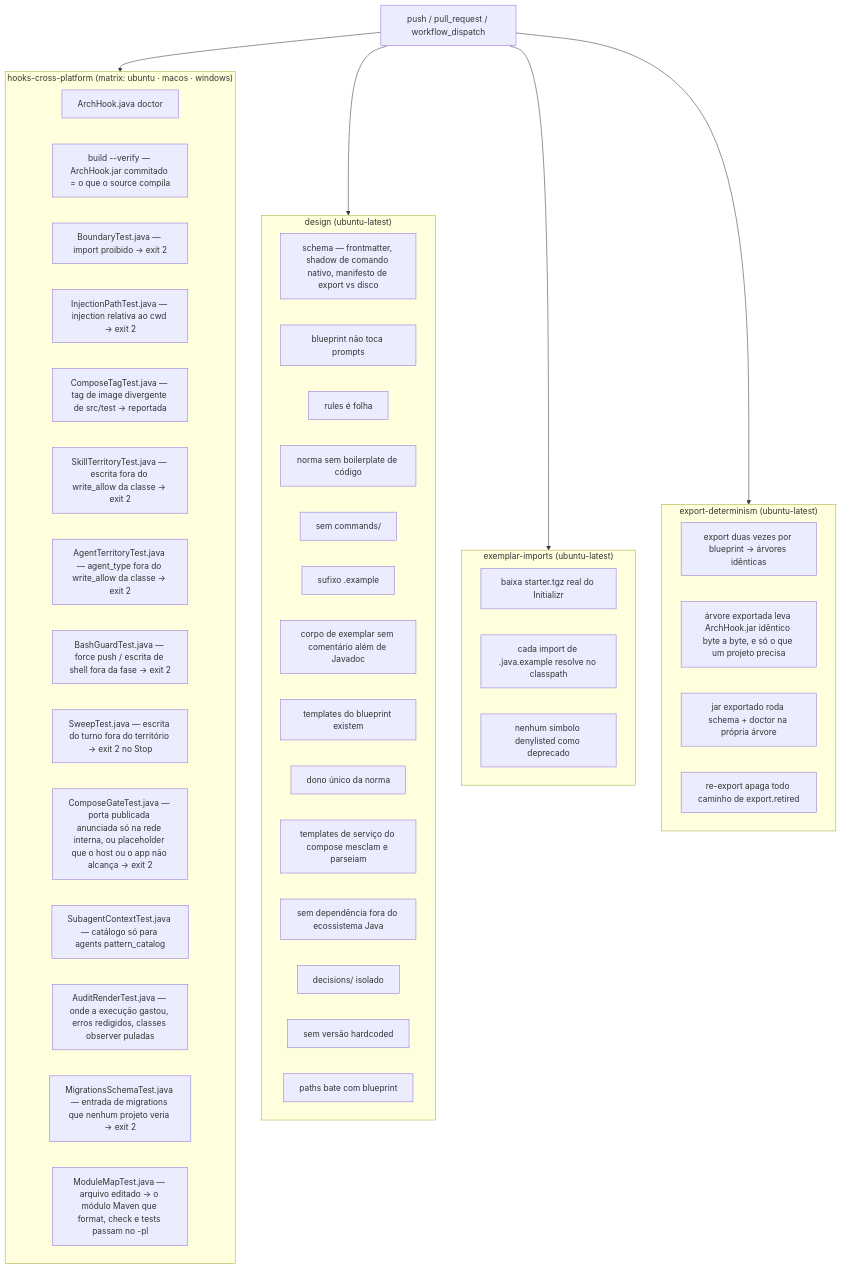
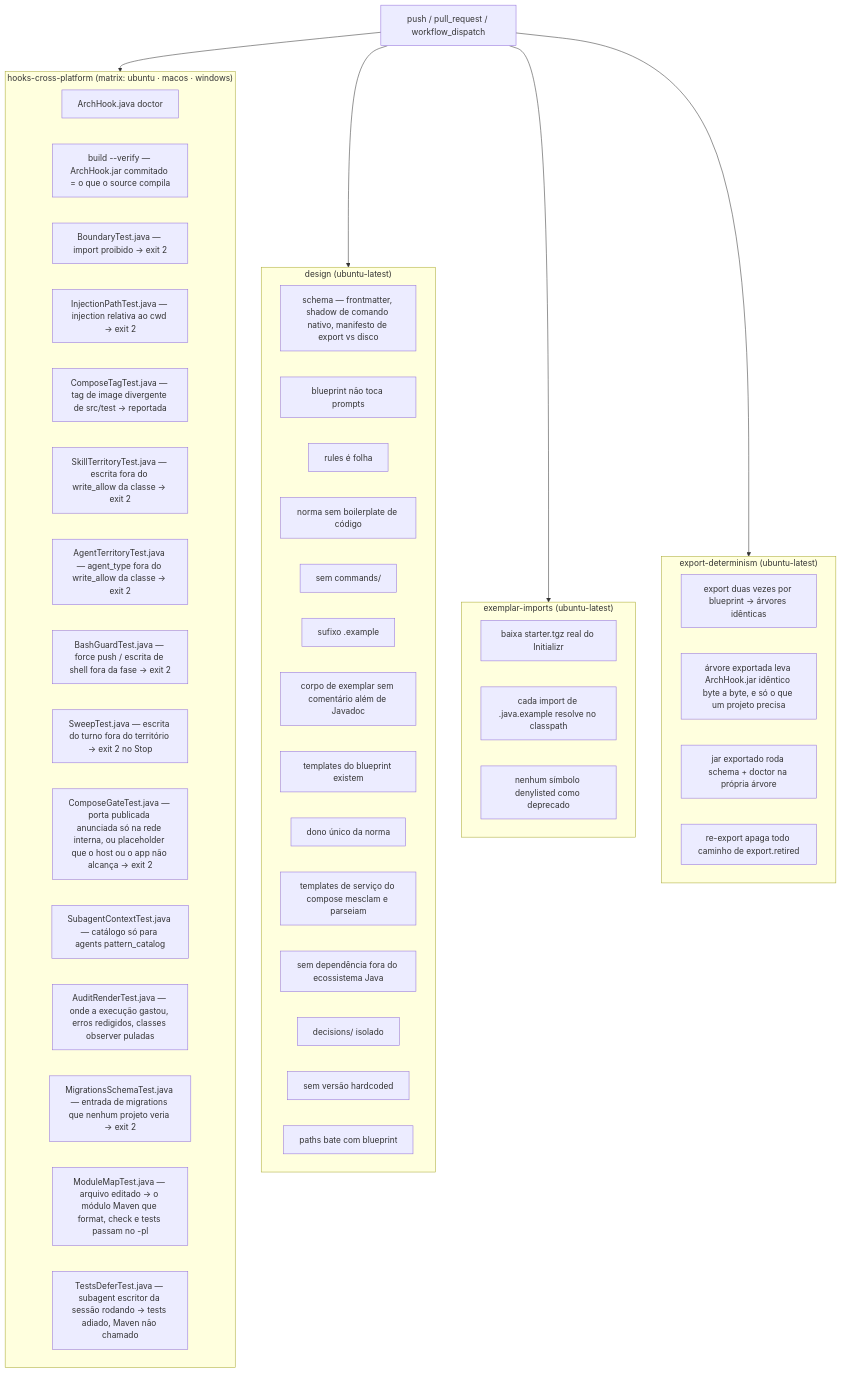
One commit to ice-lfernandes/claude-spring-architect changed the diagram in docs/pt-br/07-ci-validate.md. Above: the diagram before and after it, drawn with Mermaid. The commit also changed other lines of this file and 14 other files, not shown here.

First line of the commit message:
fix: tests Stop gate defers while a writer subagent still runs (decision 0116)

````diff
--- a/docs/pt-br/07-ci-validate.md
+++ b/docs/pt-br/07-ci-validate.md
@@ -17,54 +17,55 @@
 ```mermaid
 flowchart TD
     T[push / pull_request / workflow_dispatch] --> J1
     T --> J2
     T --> J3
     T --> J4
 
     subgraph J1["hooks-cross-platform (matrix: ubuntu · macos · windows)"]
         H1[ArchHook.java doctor]
         H0[build --verify — ArchHook.jar commitado = o que o source compila]
         H2[BoundaryTest.java — import proibido → exit 2]
         H3[InjectionPathTest.java — injection relativa ao cwd → exit 2]
         H4[ComposeTagTest.java — tag de image divergente de src/test → reportada]
         H5[SkillTerritoryTest.java — escrita fora do write_allow da classe → exit 2]
         H6[AgentTerritoryTest.java — agent_type fora do write_allow da classe → exit 2]
         H7[BashGuardTest.java — force push / escrita de shell fora da fase → exit 2]
         H8[SweepTest.java — escrita do turno fora do território → exit 2 no Stop]
         H9[ComposeGateTest.java — porta publicada anunciada só na rede interna, ou placeholder que o host ou o app não alcança → exit 2]
         H10[SubagentContextTest.java — catálogo só para agents pattern_catalog]
         H11[AuditRenderTest.java — onde a execução gastou, erros redigidos, classes observer puladas]
         H12[MigrationsSchemaTest.java — entrada de migrations que nenhum projeto veria → exit 2]
         H13[ModuleMapTest.java — arquivo editado → o módulo Maven que format, check e tests passam no -pl]
+        H14[TestsDeferTest.java — subagent escritor da sessão rodando → tests adiado, Maven não chamado]
     end
 
     subgraph J2["design (ubuntu-latest)"]
         D1[schema — frontmatter, shadow de comando nativo, manifesto de export vs disco]
         D4[blueprint não toca prompts]
         D5[rules é folha]
         D6[norma sem boilerplate de código]
         D7[sem commands/]
         D8[sufixo .example]
         D16[corpo de exemplar sem comentário além de Javadoc]
         D9[templates do blueprint existem]
         D10[dono único da norma]
         D15[templates de serviço do compose mesclam e parseiam]
         D11[sem dependência fora do ecossistema Java]
         D12[decisions/ isolado]
         D13[sem versão hardcoded]
         D14[paths bate com blueprint]
     end
 
     subgraph J3["exemplar-imports (ubuntu-latest)"]
         E1[baixa starter.tgz real do Initializr]
         E2[cada import de .java.example resolve no classpath]
         E3[nenhum símbolo denylisted como deprecado]
     end
 
     subgraph J4["export-determinism (ubuntu-latest)"]
         X1[export duas vezes por blueprint → árvores idênticas]
         X2[árvore exportada leva ArchHook.jar idêntico byte a byte, e só o que um projeto precisa]
         X3[jar exportado roda schema + doctor na própria árvore]
         X4[re-export apaga todo caminho de export.retired]
     end
 ```
````
